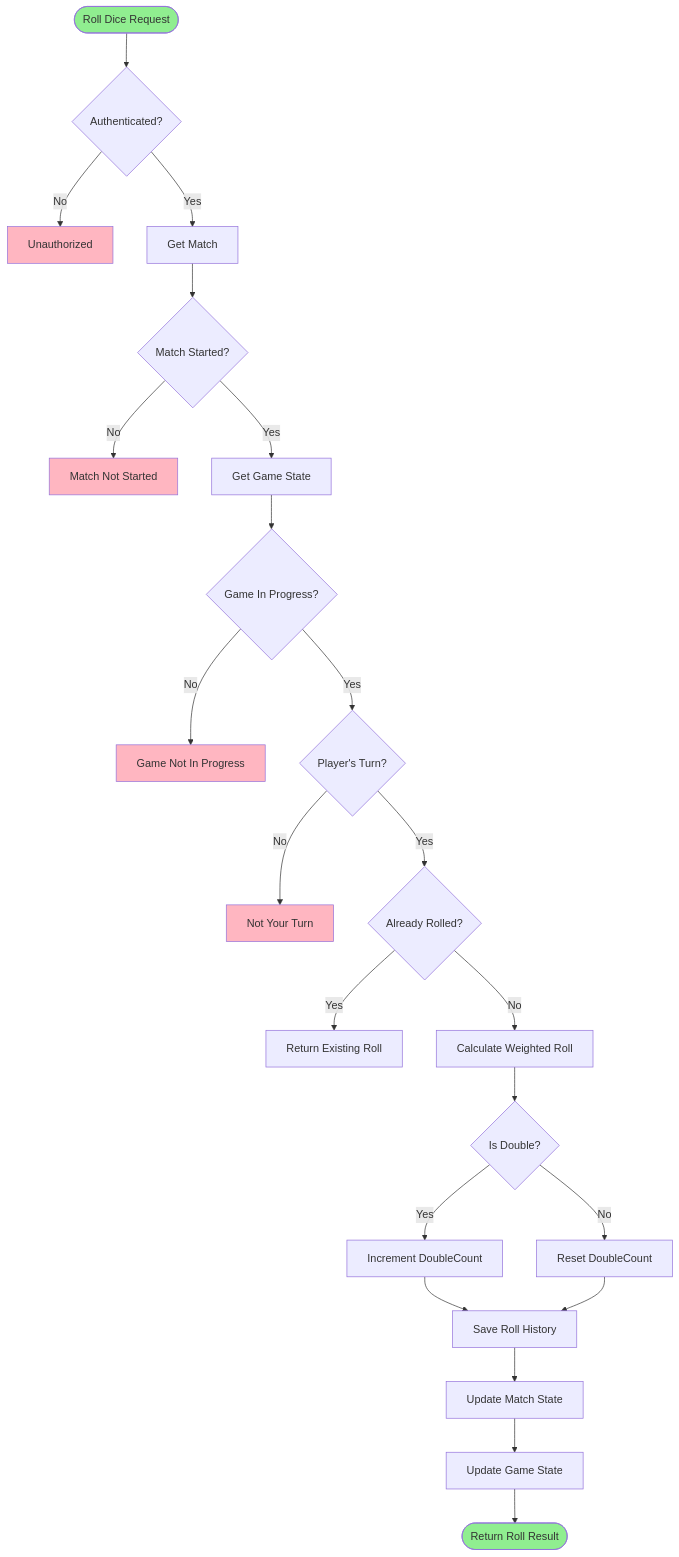
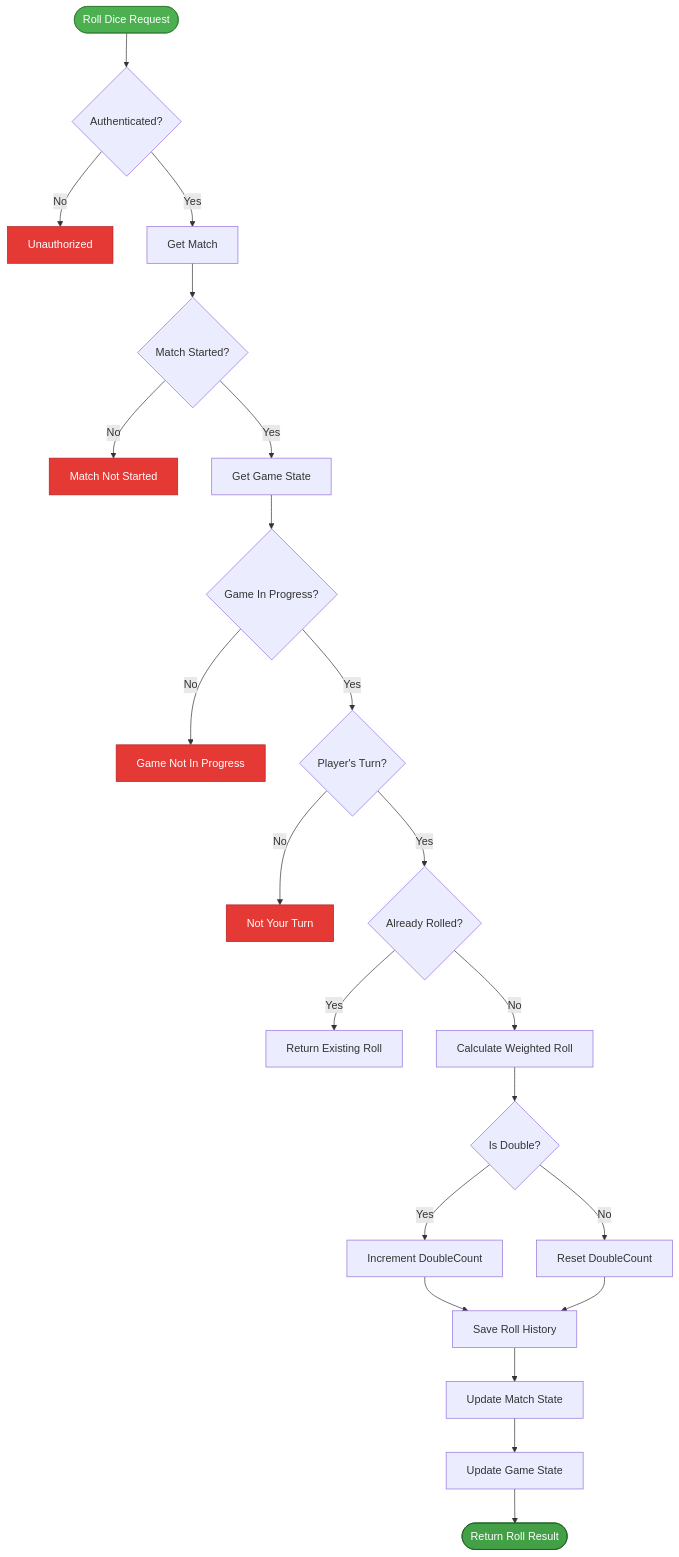
One commit to huanchainrgp/ludo-docs changed the seventh of 17 diagrams in gameplay-diagram.md. Above: the diagram before and after it, drawn with Mermaid. The commit also changed other lines of this file and 1 other file, not shown here.

````diff
--- a/gameplay-diagram.md
+++ b/gameplay-diagram.md
@@ -284,38 +284,38 @@
 ```mermaid
 flowchart TD
     Start([Roll Dice Request]) --> Auth{Authenticated?}
     Auth -->|No| AuthError[Unauthorized]
     Auth -->|Yes| GetMatch[Get Match]
     
     GetMatch --> CheckMatchStatus{Match Started?}
     CheckMatchStatus -->|No| MatchError[Match Not Started]
     CheckMatchStatus -->|Yes| GetGameState[Get Game State]
     
     GetGameState --> CheckGameStatus{Game In Progress?}
     CheckGameStatus -->|No| GameError[Game Not In Progress]
     CheckGameStatus -->|Yes| CheckTurn{Player's Turn?}
     
     CheckTurn -->|No| TurnError[Not Your Turn]
     CheckTurn -->|Yes| CheckExisting{Already Rolled?}
     
     CheckExisting -->|Yes| ReturnExisting[Return Existing Roll]
     CheckExisting -->|No| CalculateRoll[Calculate Weighted Roll]
     
     CalculateRoll --> CheckDouble{Is Double?}
     CheckDouble -->|Yes| IncrementDouble[Increment DoubleCount]
     CheckDouble -->|No| ResetDouble[Reset DoubleCount]
     
     IncrementDouble --> SaveRoll[Save Roll History]
     ResetDouble --> SaveRoll
     
     SaveRoll --> UpdateMatch[Update Match State]
     UpdateMatch --> UpdateGameState[Update Game State]
     UpdateGameState --> ReturnResult([Return Roll Result])
     
-    style Start fill:#90EE90
-    style ReturnResult fill:#90EE90
-    style AuthError fill:#FFB6C1
-    style MatchError fill:#FFB6C1
-    style GameError fill:#FFB6C1
-    style TurnError fill:#FFB6C1
+    style Start fill:#4CAF50,stroke:#2E7D32,color:#FFFFFF
+    style ReturnResult fill:#43A047,stroke:#1B5E20,color:#FFFFFF
+    style AuthError fill:#E53935,stroke:#B71C1C,color:#FFFFFF
+    style MatchError fill:#E53935,stroke:#B71C1C,color:#FFFFFF
+    style GameError fill:#E53935,stroke:#B71C1C,color:#FFFFFF
+    style TurnError fill:#E53935,stroke:#B71C1C,color:#FFFFFF
 ```
````
